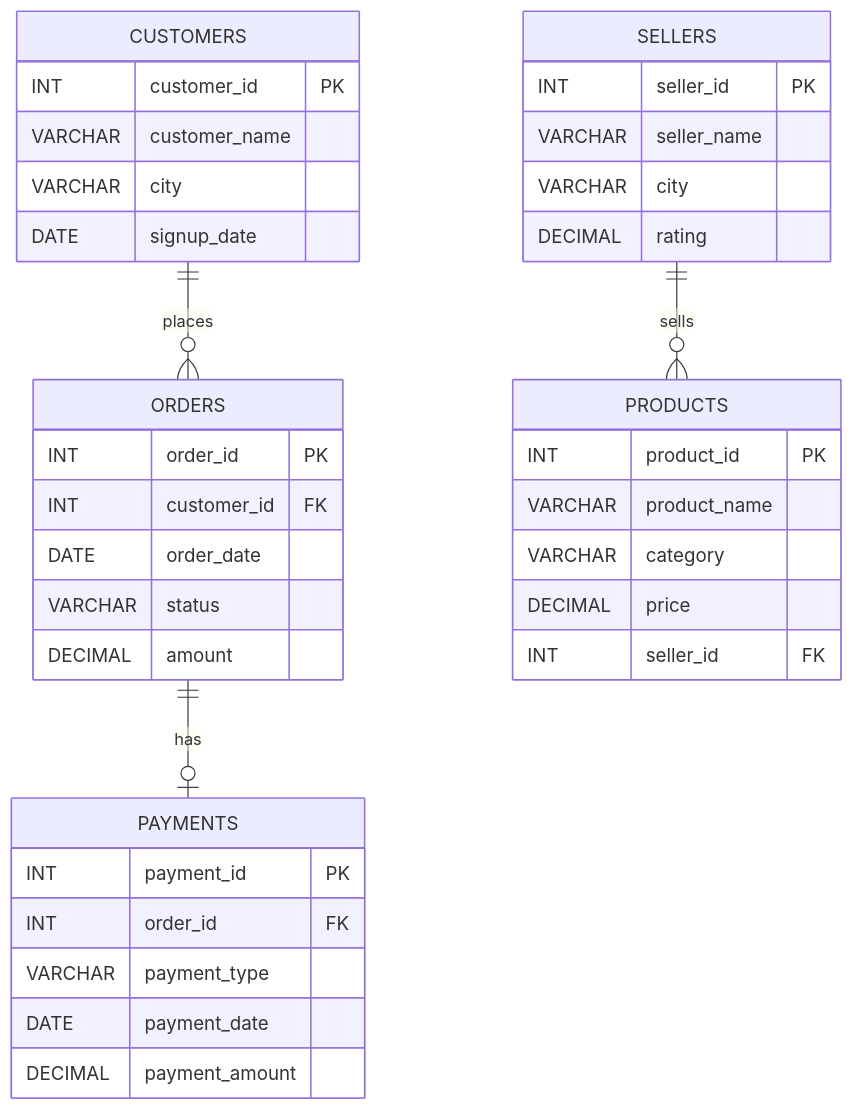
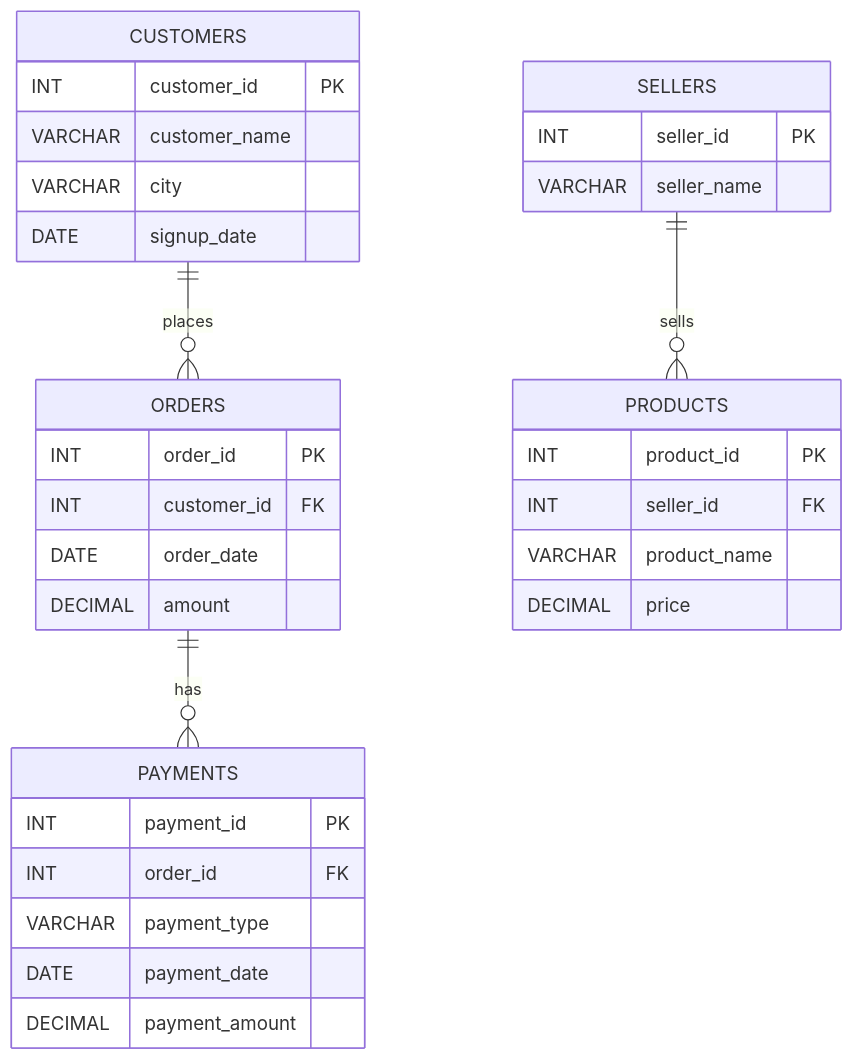
Before and after one commit to Div-ya25/ecommerce-sql-analytics: the diagram in README.md, drawn with Mermaid.

Commit message:
README.md

````diff
--- a/README.md
+++ b/README.md
@@ -51,44 +50,41 @@
 ```mermaid
 erDiagram
     CUSTOMERS ||--o{ ORDERS : places
-    ORDERS ||--o| PAYMENTS : has
+    ORDERS ||--o{ PAYMENTS : has
     SELLERS ||--o{ PRODUCTS : sells
 
     CUSTOMERS {
         INT customer_id PK
         VARCHAR customer_name
         VARCHAR city
         DATE signup_date
     }
 
     ORDERS {
         INT order_id PK
         INT customer_id FK
         DATE order_date
-        VARCHAR status
         DECIMAL amount
-    }
-
-    SELLERS {
-        INT seller_id PK
-        VARCHAR seller_name
-        VARCHAR city
-        DECIMAL rating
-    }
-
-    PRODUCTS {
-        INT product_id PK
-        VARCHAR product_name
-        VARCHAR category
-        DECIMAL price
-        INT seller_id FK
     }
 
     PAYMENTS {
         INT payment_id PK
         INT order_id FK
         VARCHAR payment_type
         DATE payment_date
         DECIMAL payment_amount
     }
+
+    SELLERS {
+        INT seller_id PK
+        VARCHAR seller_name
+    }
+
+    PRODUCTS {
+        INT product_id PK
+        INT seller_id FK
+        VARCHAR product_name
+        DECIMAL price
+    }
+
 ```
````
